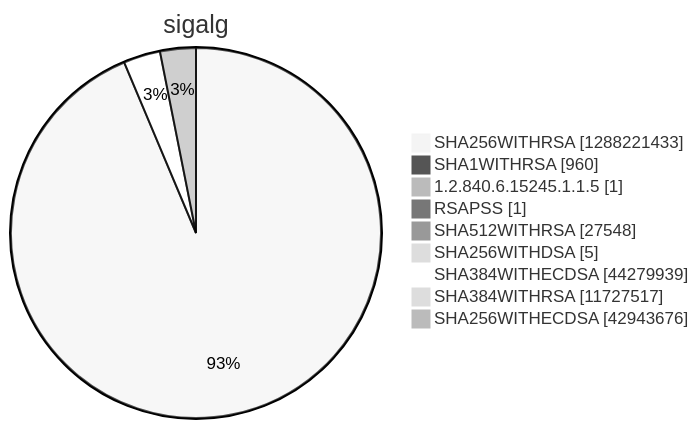
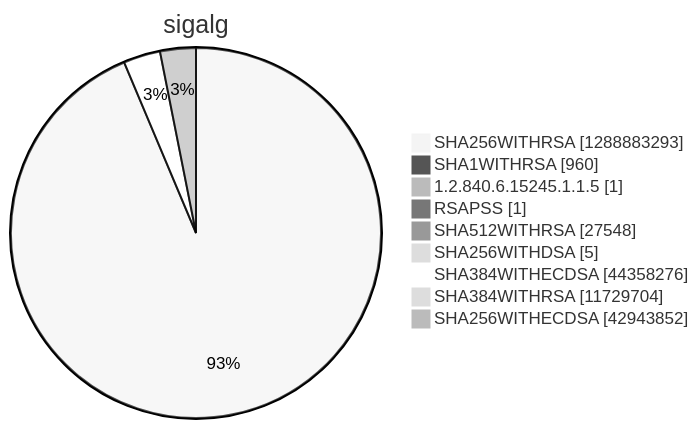
One commit to christiankrug/ctmonitor_visualization changed diagram 15 of 15 in argon2022/README.md. Above: the diagram before and after it, drawn with Mermaid (neutral theme). The commit also changed other lines of this file, not shown here.

````diff
--- a/argon2022/README.md
+++ b/argon2022/README.md
@@ -5523,13 +5523,13 @@
 ```mermaid
 pie showData
 title sigalg
-"SHA256WITHRSA" :1288221433
+"SHA256WITHRSA" :1288883293
 "SHA1WITHRSA" :960
 "1.2.840.6.15245.1.1.5" :1
 "RSAPSS" :1
 "SHA512WITHRSA" :27548
 "SHA256WITHDSA" :5
-"SHA384WITHECDSA" :44279939
-"SHA384WITHRSA" :11727517
-"SHA256WITHECDSA" :42943676
+"SHA384WITHECDSA" :44358276
+"SHA384WITHRSA" :11729704
+"SHA256WITHECDSA" :42943852
 ```
````
